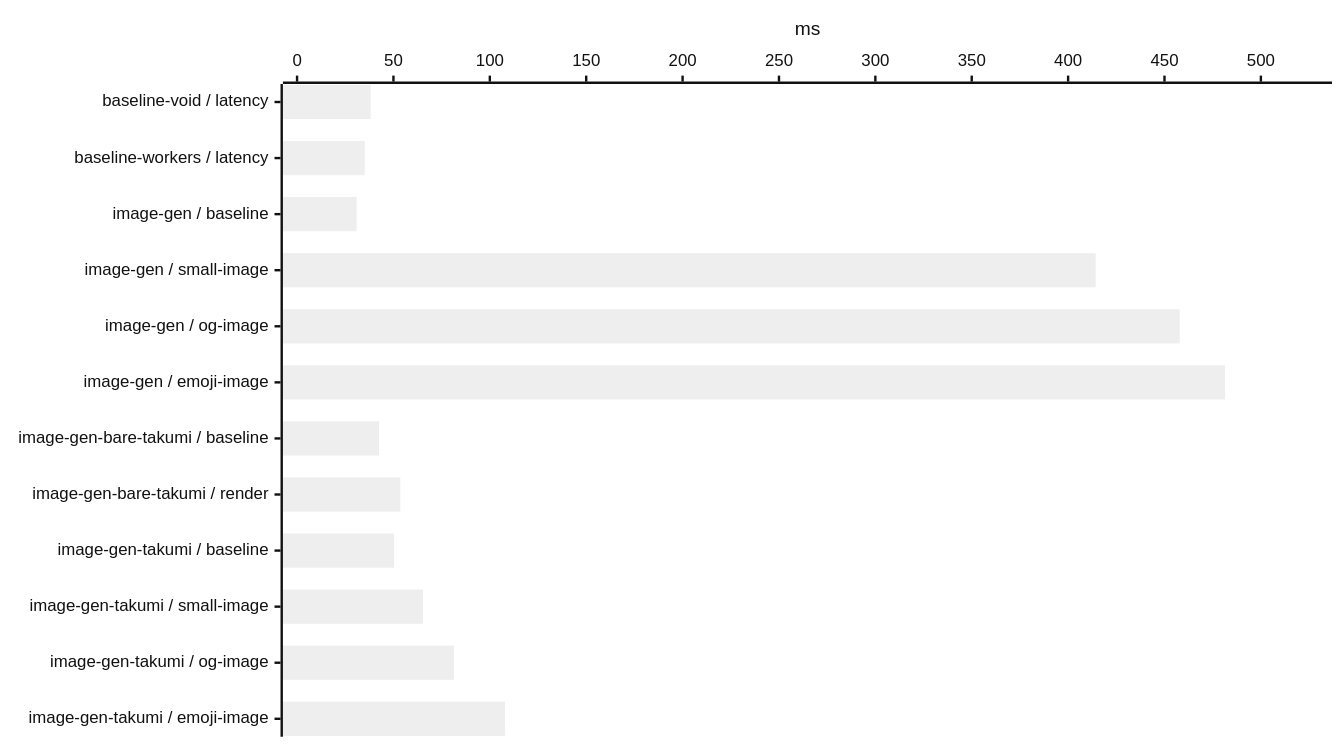
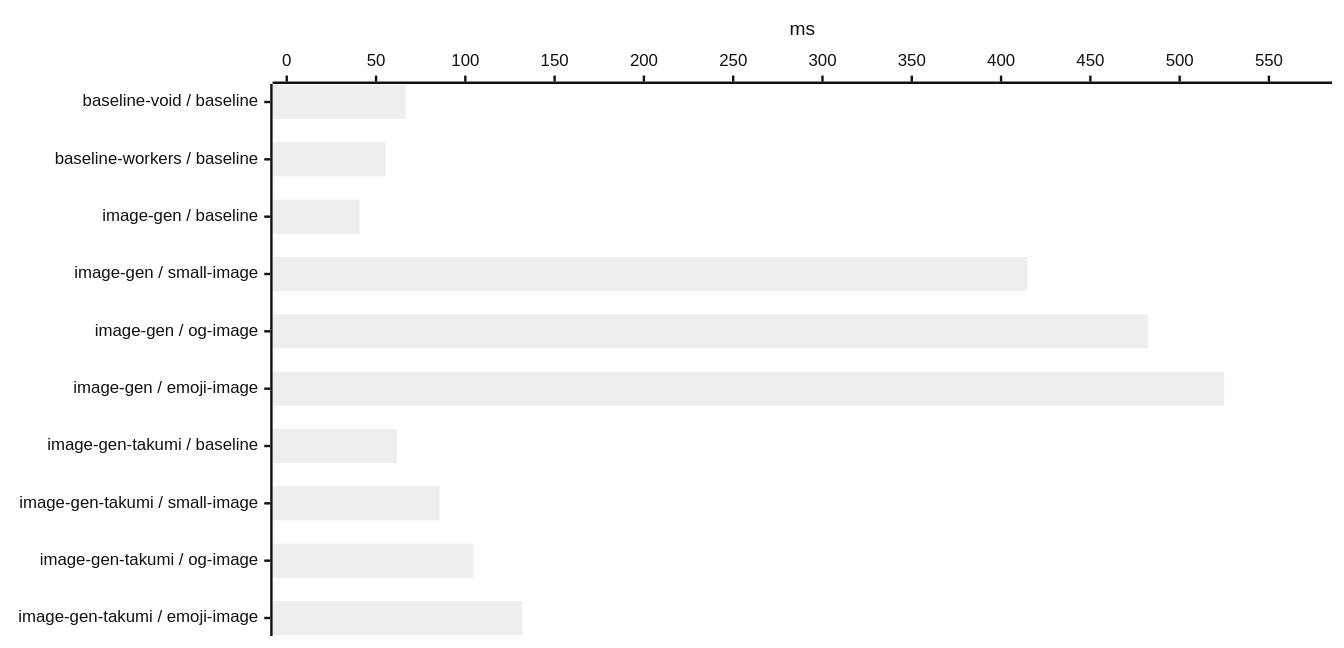
The seventh of 25 diagrams in benchmark/report.md (voidzero-dev/void), drawn with Mermaid (neutral theme) before and after one commit. The commit also changed other lines of this file and 6 other files, not shown here.

````diff
--- a/benchmark/report.md
+++ b/benchmark/report.md
@@ -155,12 +152,12 @@
 ```mermaid
 ---
 config:
   xyChart:
     width: 1100
-    height: 604
+    height: 520
 ---
 xychart-beta horizontal
-    x-axis ["baseline-void / latency", "baseline-workers / latency", "image-gen / baseline", "image-gen / small-image", "image-gen / og-image", "image-gen / emoji-image", "image-gen-bare-takumi / baseline", "image-gen-bare-takumi / render", "image-gen-takumi / baseline", "image-gen-takumi / small-image", "image-gen-takumi / og-image", "image-gen-takumi / emoji-image"]
-    y-axis "ms" 0 --> 529.56049
-    bar [38.18344, 35.121264, 30.897439, 414.29261, 457.92326, 481.41863, 42.476913, 53.556033, 50.327996, 65.315251, 81.366649, 107.91856]
+    x-axis ["baseline-void / baseline", "baseline-workers / baseline", "image-gen / baseline", "image-gen / small-image", "image-gen / og-image", "image-gen / emoji-image", "image-gen-takumi / baseline", "image-gen-takumi / small-image", "image-gen-takumi / og-image", "image-gen-takumi / emoji-image"]
+    y-axis "ms" 0 --> 577.39376
+    bar [66.643458, 55.327913, 40.832557, 414.55122, 482.19702, 524.90341, 61.771907, 85.630232, 104.4851, 131.82271]
 ```
````
